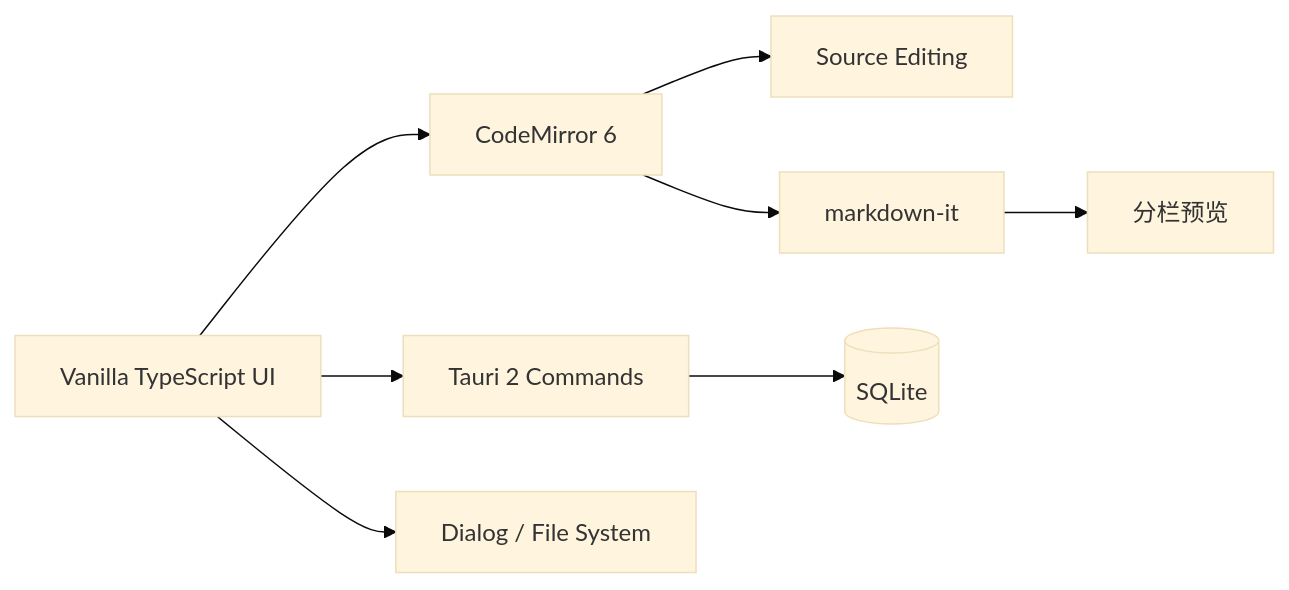
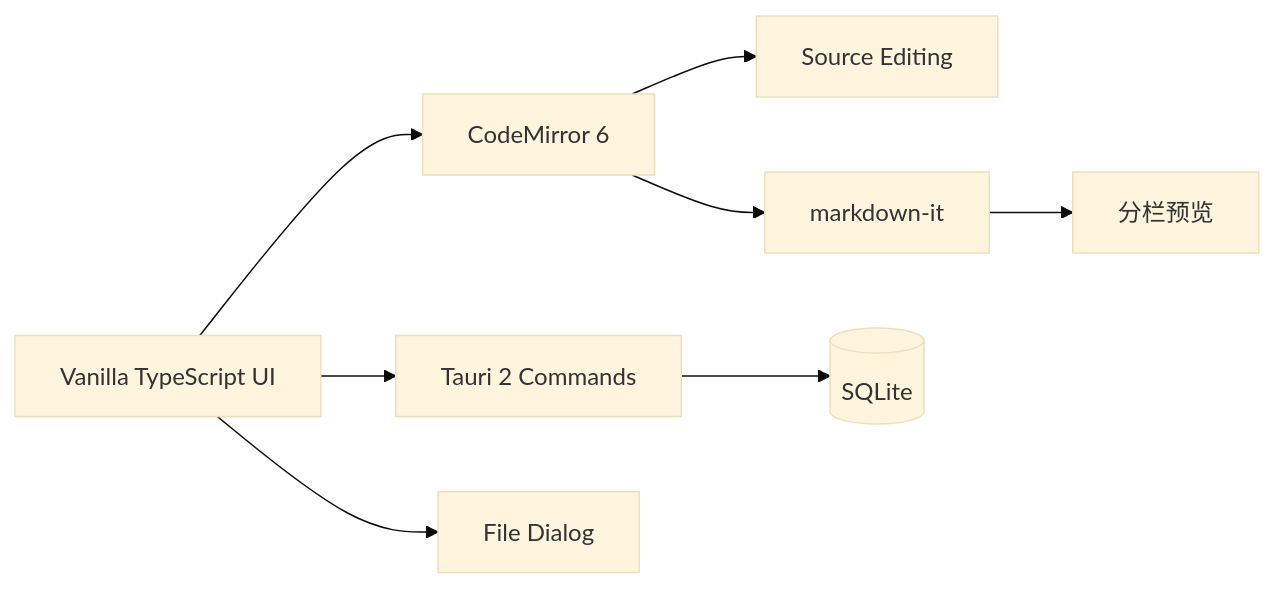
One commit to X1nLu/LightNote changed the diagram in README.md. Above: the diagram before and after it, drawn with Mermaid (base theme). The commit also changed other lines of this file and 9 other files, not shown here.

````diff
--- a/README.md
+++ b/README.md
@@ -19,10 +19,10 @@
 ```mermaid
 flowchart LR
 	UI[Vanilla TypeScript UI] --> CM[CodeMirror 6]
 	CM --> Source[Source Editing]
 	CM --> MD[markdown-it]
 	MD --> Preview[分栏预览]
 	UI --> Tauri[Tauri 2 Commands]
 	Tauri --> SQLite[(SQLite)]
-	UI --> Files[Dialog / File System]
+	UI --> Files[File Dialog]
 ```
````
